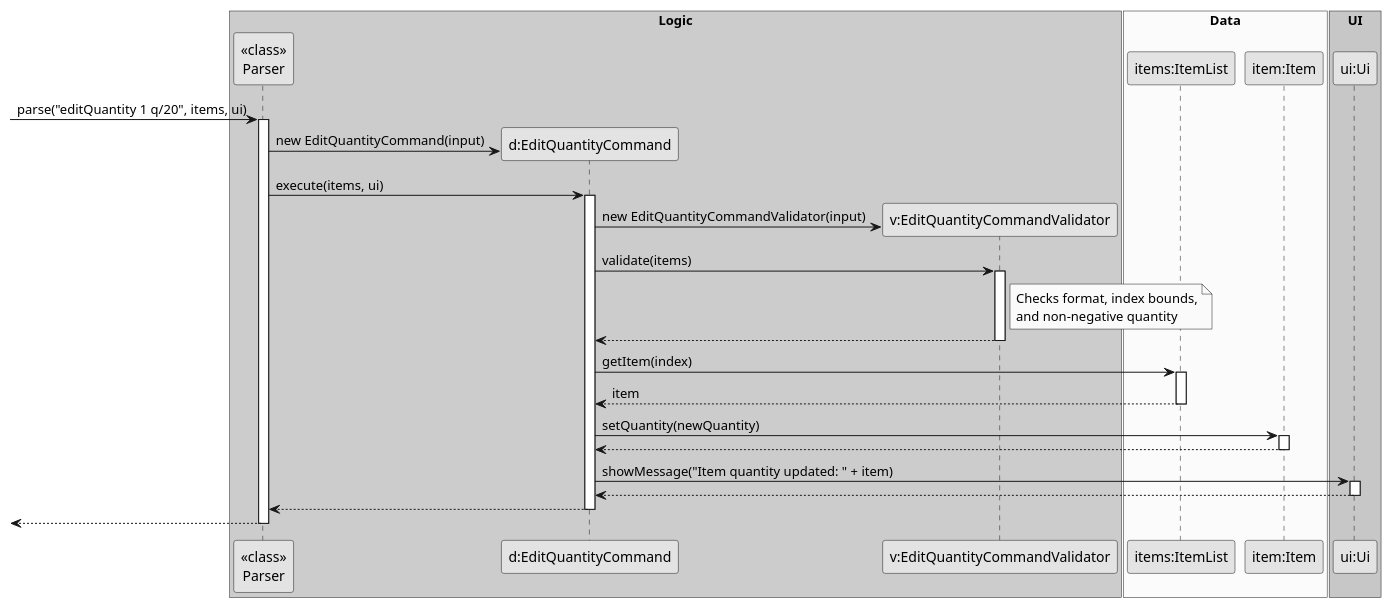
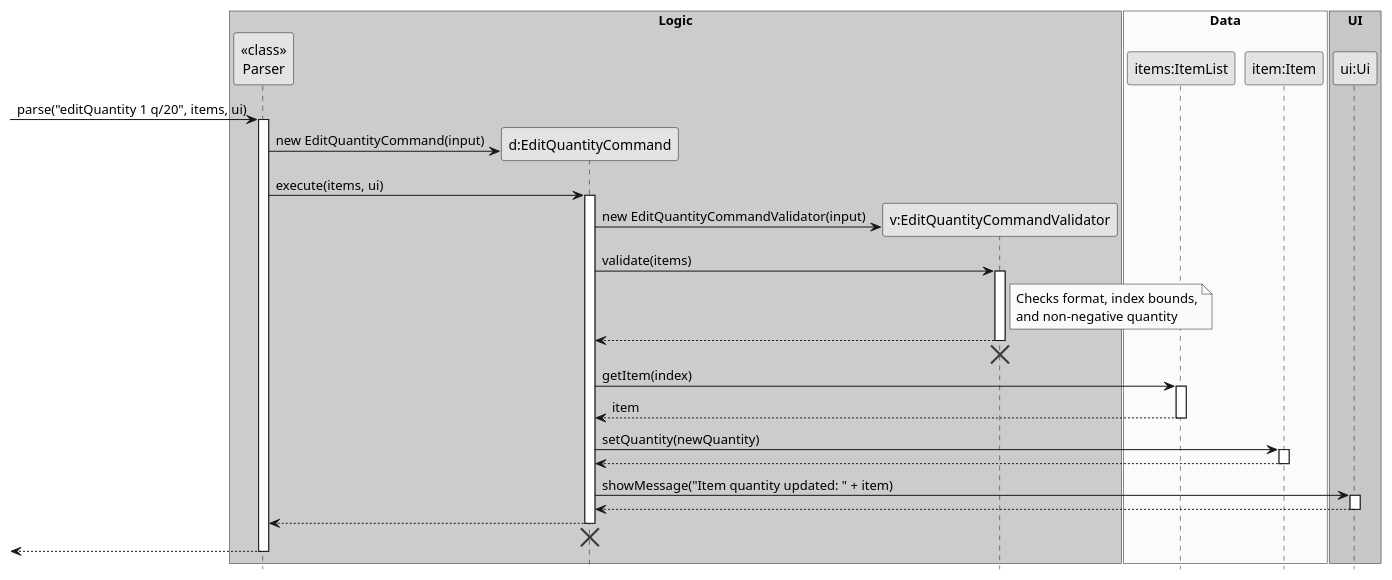
The diagram in docs/diagrams/EditQuantityCommandSequenceDiagram.puml (fmohamedfaras/tp), drawn with PlantUML before and after one commit. The commit also changed 14 other files, not shown here.

First line of the commit message:
Edit uml sequence diagrams

```diff
--- a/docs/diagrams/EditQuantityCommandSequenceDiagram.puml
+++ b/docs/diagrams/EditQuantityCommandSequenceDiagram.puml
@@ -1,62 +1,67 @@
 @startuml
 skinparam monochrome true
 skinparam shadowing false
+hide footbox
 
 box "Logic" #LightBlue
 participant "<<class>>\nParser" as Parser
 participant "d:EditQuantityCommand" as EditQuantityCommand
 participant "v:EditQuantityCommandValidator" as EditQuantityCommandValidator
 end box
 
 box "Data" #LightYellow
 participant "items:ItemList" as ItemList
 participant "item:Item" as Item
 end box
 
 box "UI" #LightGreen
 participant "ui:Ui" as Ui
 end box
 
 -> Parser : parse("editQuantity 1 q/20", items, ui)
 activate Parser
 
 create EditQuantityCommand
 Parser -> EditQuantityCommand : new EditQuantityCommand(input)
 
 Parser -> EditQuantityCommand : execute(items, ui)
 activate EditQuantityCommand
 
 create EditQuantityCommandValidator
 EditQuantityCommand -> EditQuantityCommandValidator : new EditQuantityCommandValidator(input)
 
 EditQuantityCommand -> EditQuantityCommandValidator : validate(items)
 activate EditQuantityCommandValidator
 note right of EditQuantityCommandValidator
   Checks format, index bounds,
   and non-negative quantity
 end note
 EditQuantityCommandValidator --> EditQuantityCommand
 deactivate EditQuantityCommandValidator
+EditQuantityCommandValidator -[hidden]-> EditQuantityCommand
+destroy EditQuantityCommandValidator
 
 EditQuantityCommand -> ItemList : getItem(index)
 activate ItemList
 ItemList --> EditQuantityCommand : item
 deactivate ItemList
 
 EditQuantityCommand -> Item : setQuantity(newQuantity)
 activate Item
 Item --> EditQuantityCommand
 deactivate Item
 
 EditQuantityCommand -> Ui : showMessage("Item quantity updated: " + item)
 activate Ui
 Ui --> EditQuantityCommand
 deactivate Ui
 
 EditQuantityCommand --> Parser
 deactivate EditQuantityCommand
+EditQuantityCommand -[hidden]-> Parser
+destroy EditQuantityCommand
 
 <-- Parser
 deactivate Parser
 
 @enduml
```
